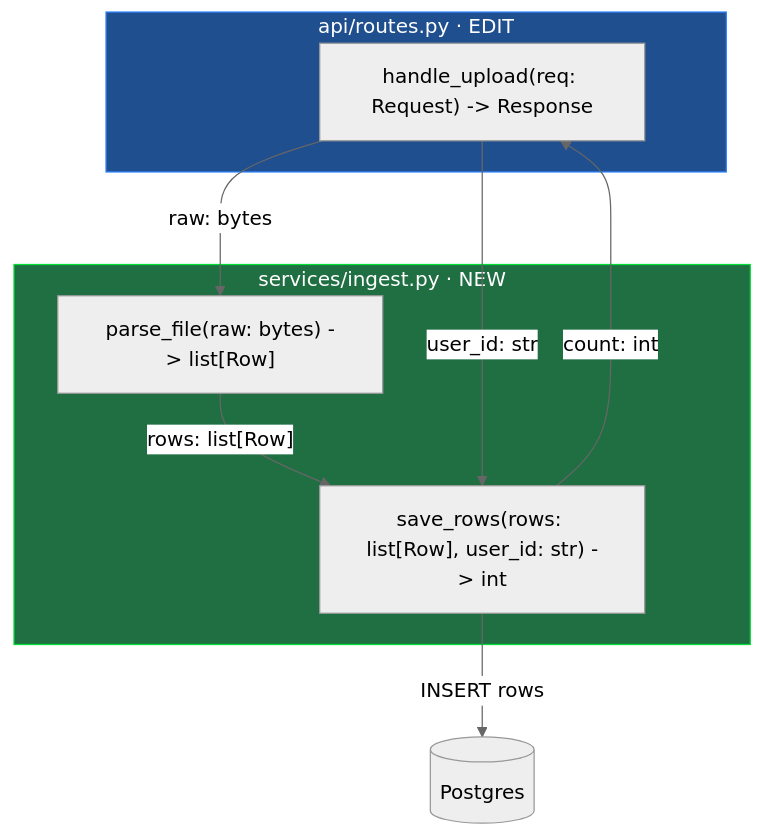
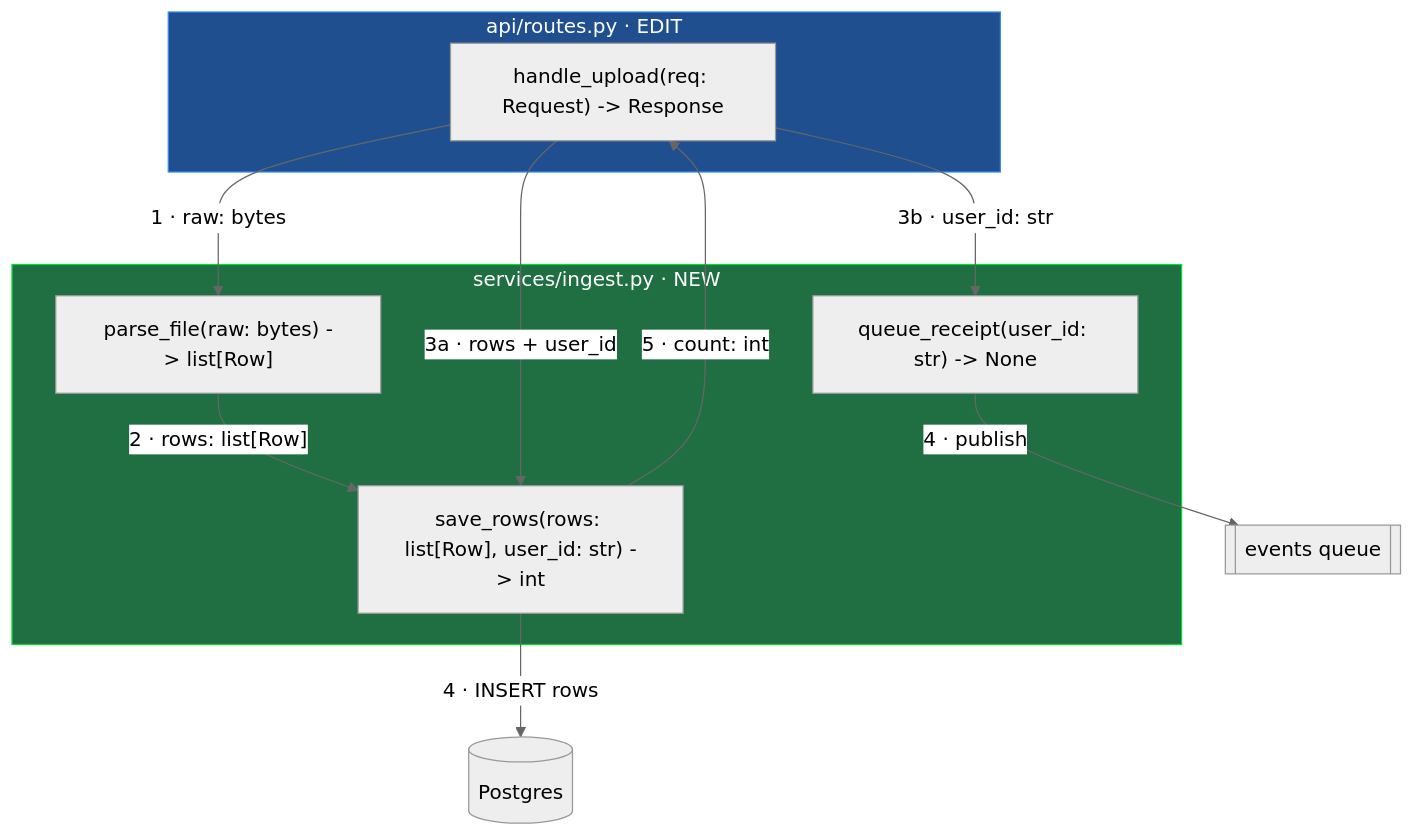
One commit to tejasnafde/tejas-skills changed the diagram in skills/map-first/SKILL.md. Above: the diagram before and after it, drawn with Mermaid (neutral theme). The commit also changed other lines of this file, not shown here.

Commit message:
map-first: number arrows in call order, mark parallel fan-outs
Prefix each dataflow arrow with a step number so the map reads as a flow.
Parallel calls from a common caller share one integer with a letter suffix
(3a, 3b), so concurrency is distinct from sequence. Template updated to show
a fan-out.

````diff
--- a/skills/map-first/SKILL.md
+++ b/skills/map-first/SKILL.md
@@ -38,24 +44,28 @@
 ```mermaid
 flowchart TD
   subgraph api["api/routes.py · EDIT"]
     handler["handle_upload(req: Request) -> Response"]
   end
 
   subgraph svc["services/ingest.py · NEW"]
     parse["parse_file(raw: bytes) -> list[Row]"]
     store["save_rows(rows: list[Row], user_id: str) -> int"]
+    notify["queue_receipt(user_id: str) -> None"]
   end
 
   db[("Postgres")]
+  q[["events queue"]]
 
-  handler -->|"raw: bytes"| parse
-  parse -->|"rows: list[Row]"| store
-  handler -->|"user_id: str"| store
-  store -->|"INSERT rows"| db
-  store -->|"count: int"| handler
+  handler -->|"1 · raw: bytes"| parse
+  parse  -->|"2 · rows: list[Row]"| store
+  handler -->|"3a · rows + user_id"| store
+  handler -->|"3b · user_id: str"| notify
+  store  -->|"4 · INSERT rows"| db
+  notify -->|"4 · publish"| q
+  store  -->|"5 · count: int"| handler
 
   classDef new fill:#1f6f43,stroke:#0d3,color:#fff;
   classDef edit fill:#1f4f8f,stroke:#38f,color:#fff;
   class svc new
   class api edit
 ```
````
